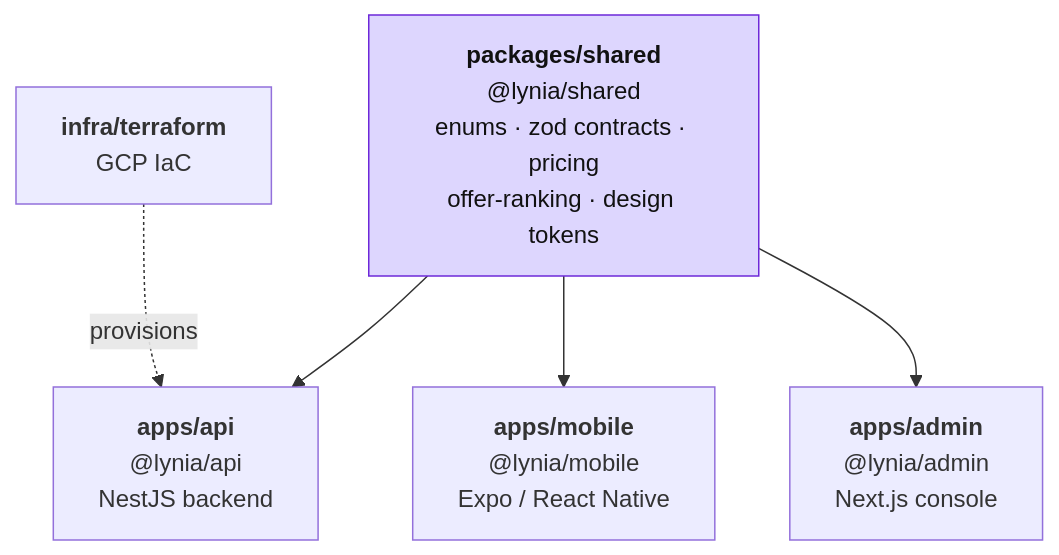
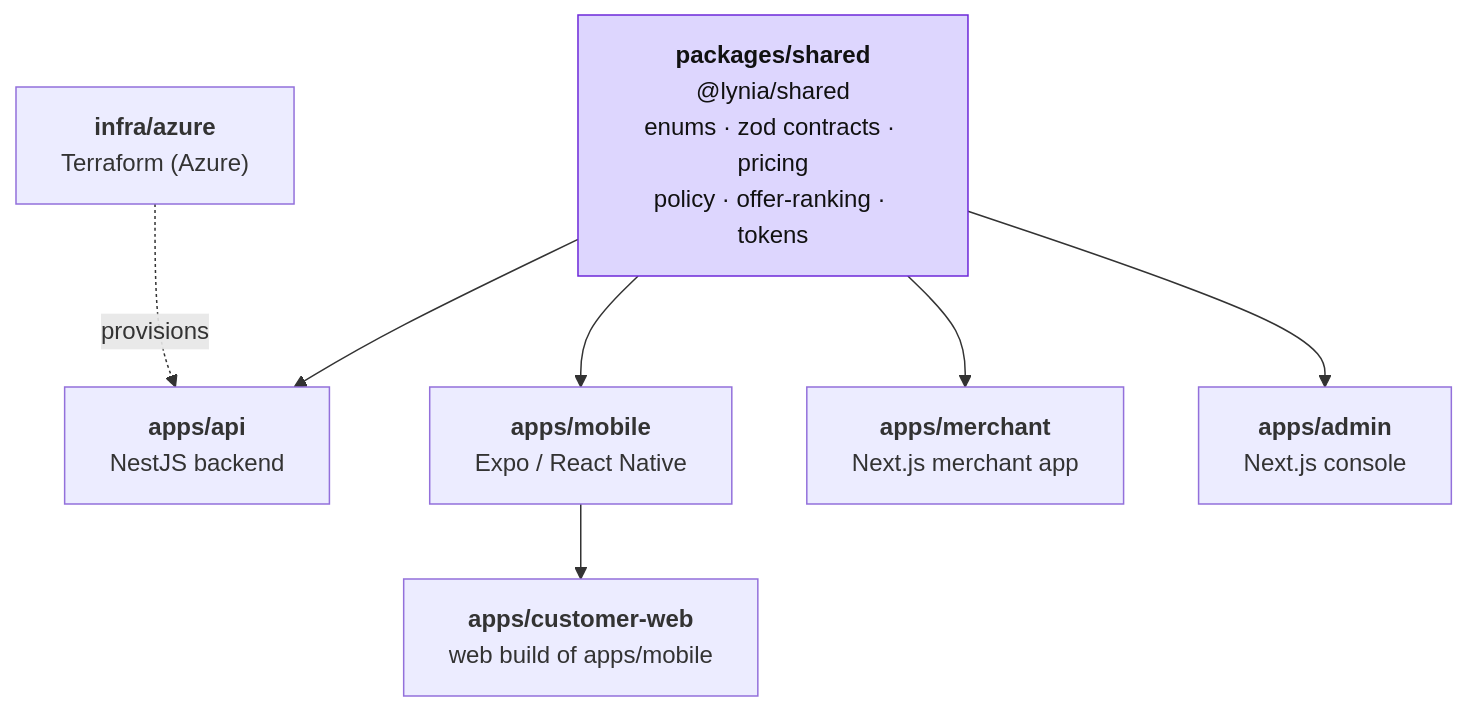
One commit to unnfazzed/Lynia changed the third of 17 diagrams in docs/ARCHITECTURE.md. Above: the diagram before and after it, drawn with Mermaid. The commit also changed other lines of this file and 64 other files, not shown here.

````diff
--- a/docs/ARCHITECTURE.md
+++ b/docs/ARCHITECTURE.md
@@ -255,18 +270,22 @@
 ```mermaid
 graph TD
-    shared["<b>packages/shared</b><br/>@lynia/shared<br/>enums · zod contracts · pricing<br/>offer-ranking · design tokens"]
+    shared["<b>packages/shared</b><br/>@lynia/shared<br/>enums · zod contracts · pricing<br/>policy · offer-ranking · tokens"]
 
-    api["<b>apps/api</b><br/>@lynia/api<br/>NestJS backend"]
-    mobile["<b>apps/mobile</b><br/>@lynia/mobile<br/>Expo / React Native"]
-    admin["<b>apps/admin</b><br/>@lynia/admin<br/>Next.js console"]
+    api["<b>apps/api</b><br/>NestJS backend"]
+    mobile["<b>apps/mobile</b><br/>Expo / React Native"]
+    cweb["<b>apps/customer-web</b><br/>web build of apps/mobile"]
+    merchant["<b>apps/merchant</b><br/>Next.js merchant app"]
+    admin["<b>apps/admin</b><br/>Next.js console"]
 
-    infra["<b>infra/terraform</b><br/>GCP IaC"]
+    infra["<b>infra/azure</b><br/>Terraform (Azure)"]
 
     shared --> api
     shared --> mobile
+    shared --> merchant
     shared --> admin
+    mobile --> cweb
     infra -.->|"provisions"| api
 
     classDef pkg fill:#ddd6fe,stroke:#6d28d9,color:#111;
     class shared pkg;
 ```
````
